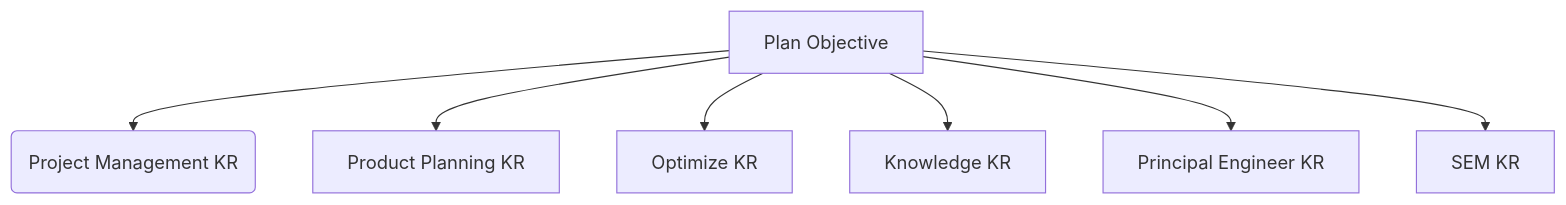
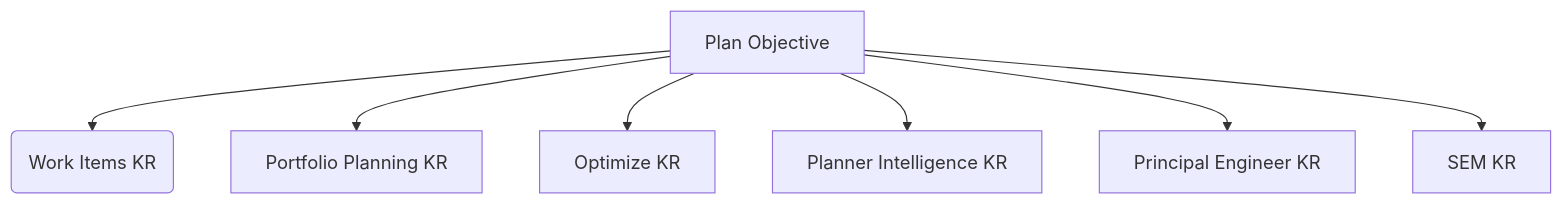
Before and after one commit to kyama0/gitlab-handbook-ja: the second of 2 diagrams in content/handbook/engineering/devops/plan/_index.md, drawn with Mermaid. The commit also changed other lines of this file and 56 other files, not shown here.

````diff
--- a/content/handbook/engineering/devops/plan/_index.md
+++ b/content/handbook/engineering/devops/plan/_index.md
@@ -261,9 +261,9 @@
 ```mermaid
 flowchart TD
-    A[Plan Objective] --> B(Project Management KR)
-    A --> C[Product Planning KR]
+    A[Plan Objective] --> B(Work Items KR)
+    A --> C[Portfolio Planning KR]
     A --> D[Optimize KR]
-    A --> E[Knowledge KR]
+    A --> E[Planner Intelligence KR]
     A --> K[Principal Engineer KR]
     A --> L[SEM KR]
 ```
````
